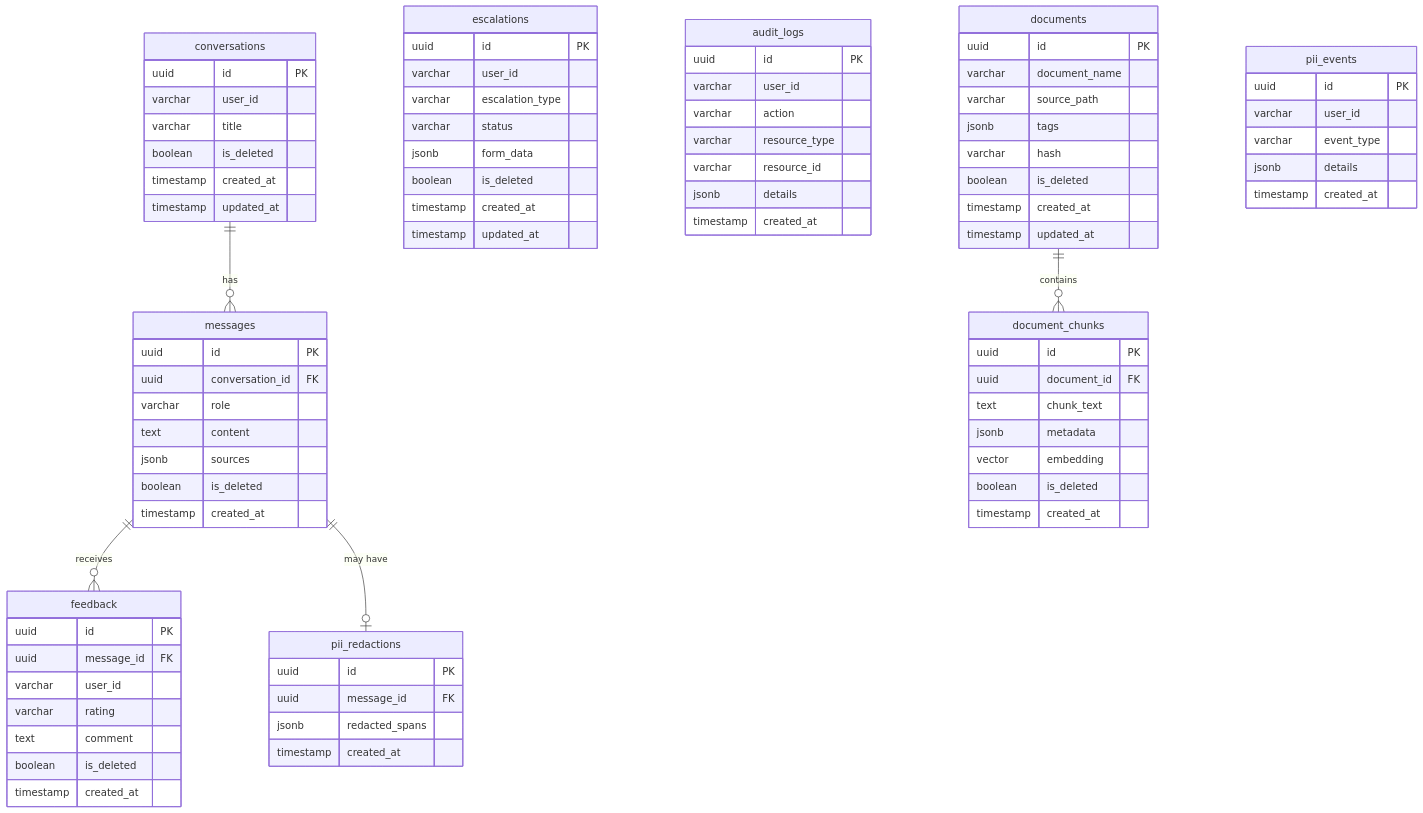
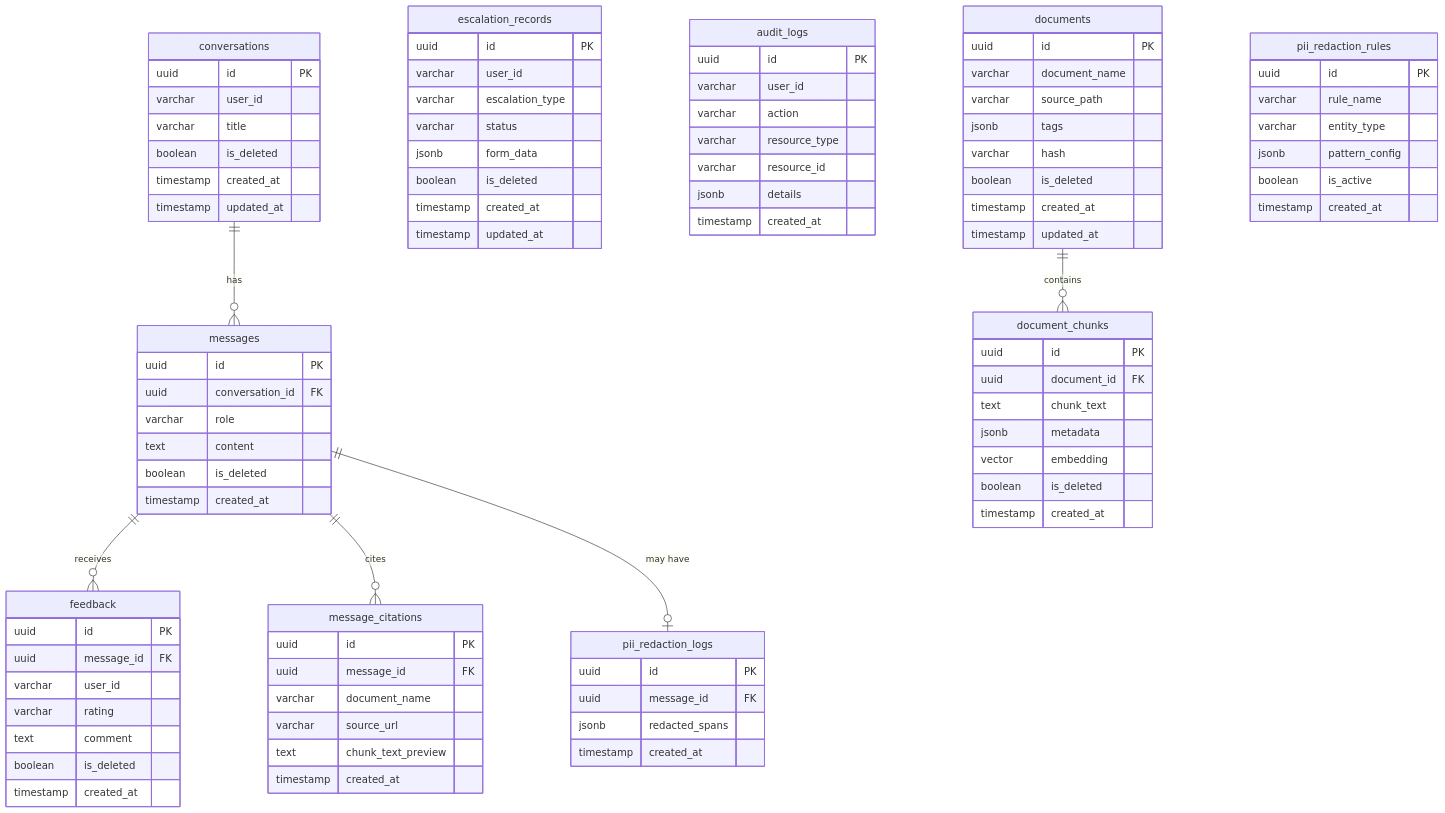
Before and after one commit to pdikondaaa/aa-hackathon: the diagram in knowledge-specs/docs/07-technical/database-standards.md, drawn with Mermaid. The commit also changed other lines of this file and 71 other files, not shown here.

````diff
--- a/knowledge-specs/docs/07-technical/database-standards.md
+++ b/knowledge-specs/docs/07-technical/database-standards.md
@@ -31,8 +33,15 @@
         uuid conversation_id FK
         varchar role
         text content
-        jsonb sources
         boolean is_deleted
+        timestamp created_at
+    }
+    message_citations {
+        uuid id PK
+        uuid message_id FK
+        varchar document_name
+        varchar source_url
+        text chunk_text_preview
         timestamp created_at
     }
     feedback {
@@ -44,7 +53,7 @@
         boolean is_deleted
         timestamp created_at
     }
-    escalations {
+    escalation_records {
         uuid id PK
         varchar user_id
         varchar escalation_type
@@ -82,22 +91,24 @@
         boolean is_deleted
         timestamp created_at
     }
-    pii_redactions {
+    pii_redaction_rules {
+        uuid id PK
+        varchar rule_name
+        varchar entity_type
+        jsonb pattern_config
+        boolean is_active
+        timestamp created_at
+    }
+    pii_redaction_logs {
         uuid id PK
         uuid message_id FK
         jsonb redacted_spans
         timestamp created_at
     }
-    pii_events {
-        uuid id PK
-        varchar user_id
-        varchar event_type
-        jsonb details
-        timestamp created_at
-    }
 
     conversations ||--o{ messages : "has"
     messages ||--o{ feedback : "receives"
-    messages ||--o| pii_redactions : "may have"
+    messages ||--o{ message_citations : "cites"
+    messages ||--o| pii_redaction_logs : "may have"
     documents ||--o{ document_chunks : "contains"
 ```
````
